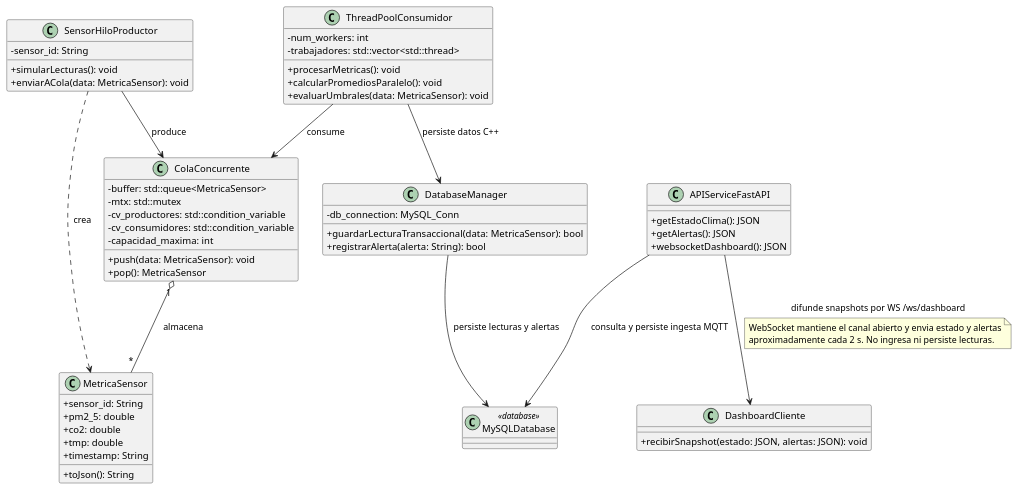
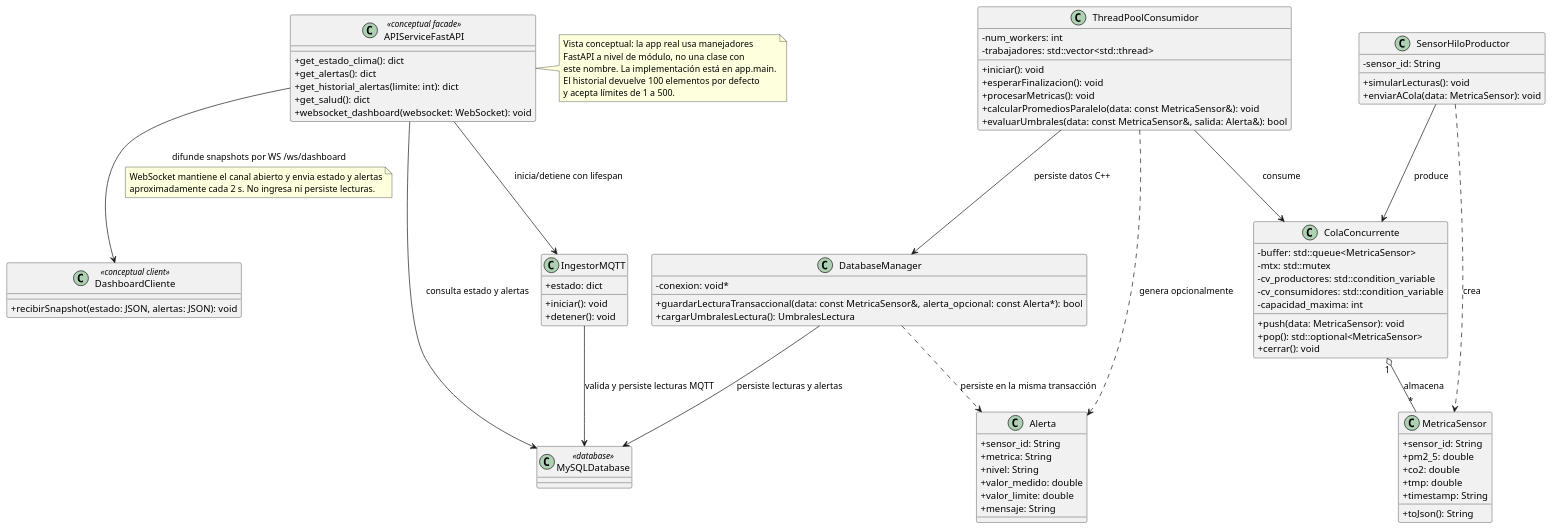
The diagram in docs/uml/diagrama_clases.puml (LizbethCarmona/Monitoreo-Ambiental), drawn with PlantUML before and after one commit. The commit also changed 5 other files, not shown here.

Commit message:
docs: align UML and API with implementation

```diff
--- a/docs/uml/diagrama_clases.puml
+++ b/docs/uml/diagrama_clases.puml
@@ -1,69 +1,101 @@
 @startuml
 skinparam classAttributeIconSize 0
 
 class MetricaSensor {
     + sensor_id: String
     + pm2_5: double
     + co2: double
     + tmp: double
     + timestamp: String
     + toJson(): String
 }
 
 class ColaConcurrente {
     - buffer: std::queue<MetricaSensor>
     - mtx: std::mutex
     - cv_productores: std::condition_variable
     - cv_consumidores: std::condition_variable
     - capacidad_maxima: int
     + push(data: MetricaSensor): void
-    + pop(): MetricaSensor
+    + pop(): std::optional<MetricaSensor>
+    + cerrar(): void
 }
 
 class SensorHiloProductor {
     - sensor_id: String
     + simularLecturas(): void
     + enviarACola(data: MetricaSensor): void
 }
 
 class ThreadPoolConsumidor {
     - num_workers: int
     - trabajadores: std::vector<std::thread>
+    + iniciar(): void
+    + esperarFinalizacion(): void
     + procesarMetricas(): void
-    + calcularPromediosParalelo(): void
-    + evaluarUmbrales(data: MetricaSensor): void
+    + calcularPromediosParalelo(data: const MetricaSensor&): void
+    + evaluarUmbrales(data: const MetricaSensor&, salida: Alerta&): bool
+}
+
+class Alerta {
+    + sensor_id: String
+    + metrica: String
+    + nivel: String
+    + valor_medido: double
+    + valor_limite: double
+    + mensaje: String
 }
 
 class DatabaseManager {
-    - db_connection: MySQL_Conn
-    + guardarLecturaTransaccional(data: MetricaSensor): bool
-    + registrarAlerta(alerta: String): bool
+    - conexion: void*
+    + guardarLecturaTransaccional(data: const MetricaSensor&, alerta_opcional: const Alerta*): bool
+    + cargarUmbralesLectura(): UmbralesLectura
 }
 
 class MySQLDatabase <<database>>
 
-class APIServiceFastAPI {
-    + getEstadoClima(): JSON
-    + getAlertas(): JSON
-    + websocketDashboard(): JSON
+class IngestorMQTT {
+    + iniciar(): void
+    + detener(): void
+    + estado: dict
 }
 
-class DashboardCliente {
+class APIServiceFastAPI <<conceptual facade>> {
+    + get_estado_clima(): dict
+    + get_alertas(): dict
+    + get_historial_alertas(limite: int): dict
+    + get_salud(): dict
+    + websocket_dashboard(websocket: WebSocket): void
+}
+
+class DashboardCliente <<conceptual client>> {
     + recibirSnapshot(estado: JSON, alertas: JSON): void
 }
+
+note right of APIServiceFastAPI
+  Vista conceptual: la app real usa manejadores
+  FastAPI a nivel de módulo, no una clase con
+  este nombre. La implementación está en app.main.
+  El historial devuelve 100 elementos por defecto
+  y acepta límites de 1 a 500.
+end note
 
 SensorHiloProductor ..> MetricaSensor : crea
 ColaConcurrente "1" o-- "*" MetricaSensor : almacena
 SensorHiloProductor --> ColaConcurrente : produce
 ThreadPoolConsumidor --> ColaConcurrente : consume
 ThreadPoolConsumidor --> DatabaseManager : persiste datos C++
+ThreadPoolConsumidor ..> Alerta : genera opcionalmente
+DatabaseManager ..> Alerta : persiste en la misma transacción
 DatabaseManager --> MySQLDatabase : persiste lecturas y alertas
-APIServiceFastAPI --> MySQLDatabase : consulta y persiste ingesta MQTT
+APIServiceFastAPI --> IngestorMQTT : inicia/detiene con lifespan
+APIServiceFastAPI --> MySQLDatabase : consulta estado y alertas
+IngestorMQTT --> MySQLDatabase : valida y persiste lecturas MQTT
 APIServiceFastAPI --> DashboardCliente : difunde snapshots por WS /ws/dashboard
 
 note on link
   WebSocket mantiene el canal abierto y envia estado y alertas
   aproximadamente cada 2 s. No ingresa ni persiste lecturas.
 end note
 
 @enduml
```
